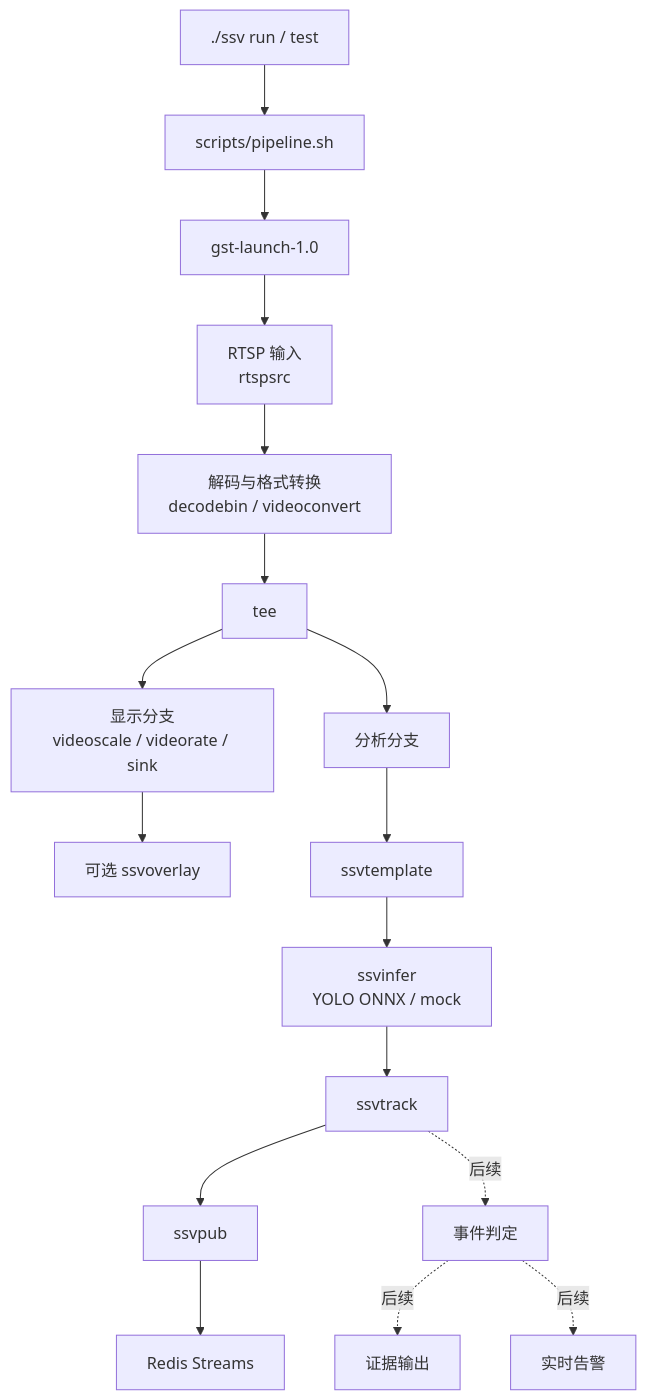
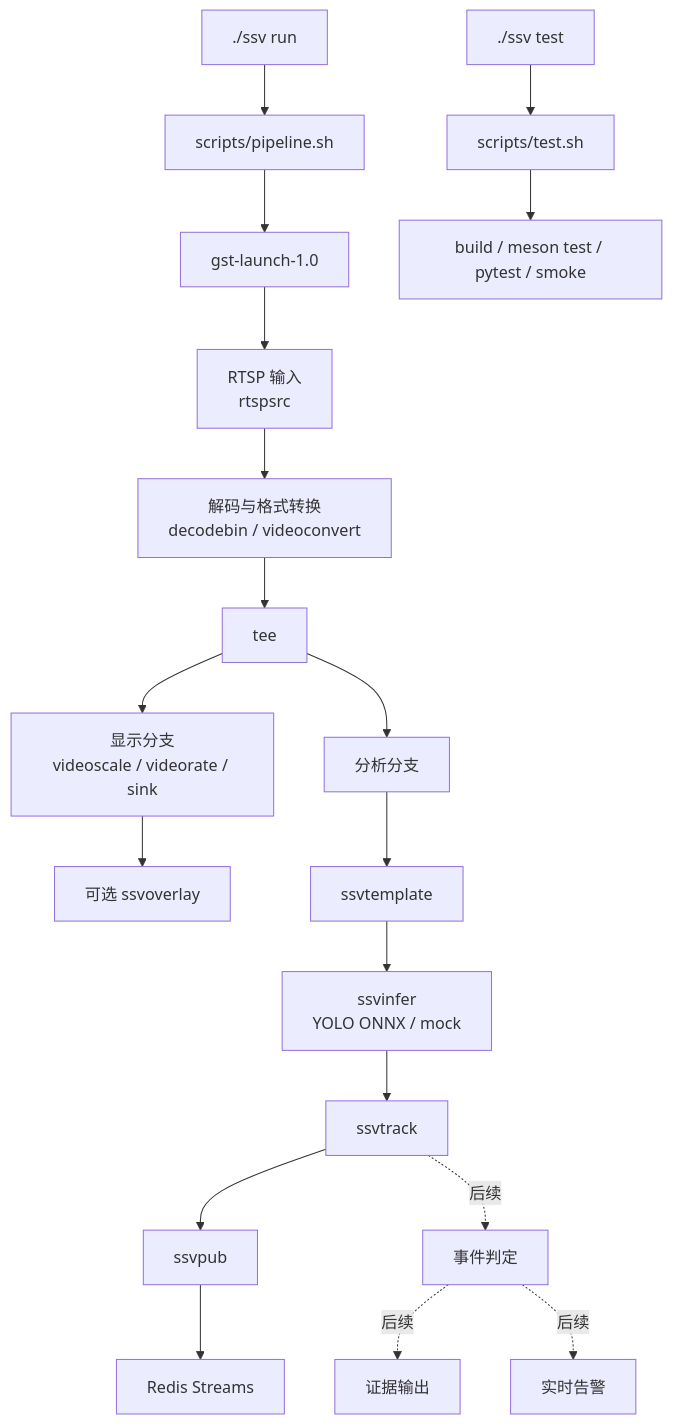
Before and after one commit to ssv-develop-team/ssv: the third of 5 diagrams in docs/specs/2026-05-21-安全帽佩戴视频监测分析系统设计.md, drawn with Mermaid. The commit also changed other lines of this file and 7 other files, not shown here.

````diff
--- a/docs/specs/2026-05-21-安全帽佩戴视频监测分析系统设计.md
+++ b/docs/specs/2026-05-21-安全帽佩戴视频监测分析系统设计.md
@@ -187,20 +187,22 @@
 ```mermaid
 flowchart TB
-    cli["./ssv run / test"] --> shell["scripts/pipeline.sh"]
+    cli_run["./ssv run"] --> shell["scripts/pipeline.sh"]
+    cli_test["./ssv test"] --> test_shell["scripts/test.sh"]
     shell --> gstlaunch["gst-launch-1.0"]
+    test_shell --> build["build / meson test / pytest / smoke"]
     gstlaunch --> input["RTSP 输入<br/>rtspsrc"]
     input --> decode["解码与格式转换<br/>decodebin / videoconvert"]
     decode --> tee["tee"]
     tee --> display["显示分支<br/>videoscale / videorate / sink"]
     display --> overlay["可选 ssvoverlay"]
     tee --> analysis["分析分支"]
     analysis --> template["ssvtemplate"]
     template --> infer["ssvinfer<br/>YOLO ONNX / mock"]
     infer --> track["ssvtrack"]
     track --> pub["ssvpub"]
     pub --> redis["Redis Streams"]
 
     track -. 后续 .-> event["事件判定"]
     event -. 后续 .-> evidence["证据输出"]
     event -. 后续 .-> alarm["实时告警"]
 ```
````
